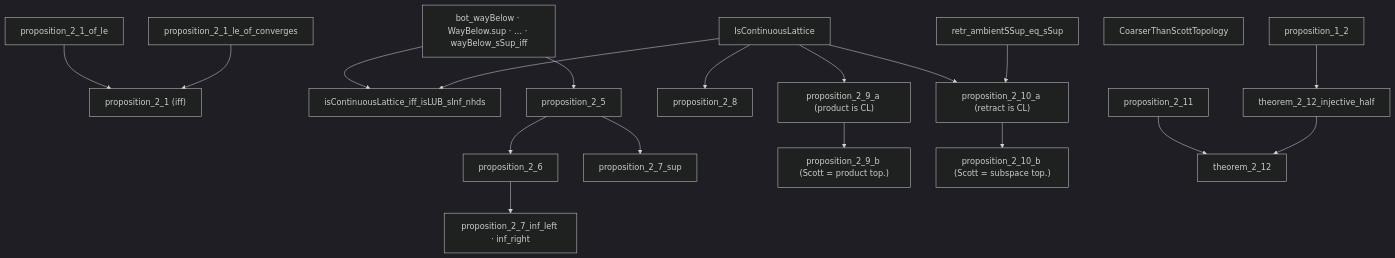
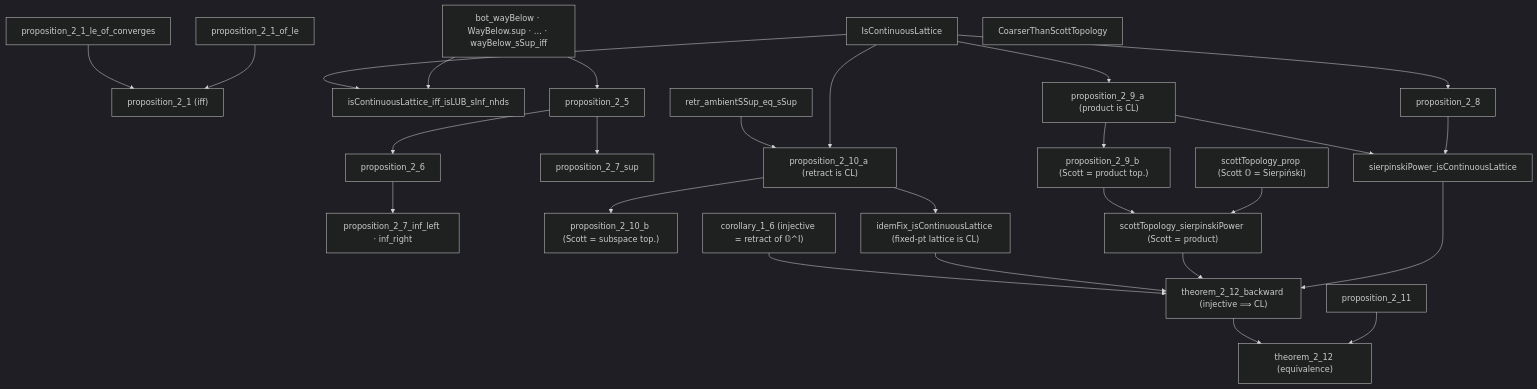
The fourth of 8 diagrams in arxiv.md (catskillsresearch/domain_theory), drawn with Mermaid (dark theme) before and after one commit. The commit also changed other lines of this file and 3 other files, not shown here.

First line of the commit message:
feat(Theorem212): prove Theorem 2.12 (injective spaces ⟺ continuous lattices)

````diff
--- a/arxiv.md
+++ b/arxiv.md
@@ -264,41 +264,54 @@
 ```mermaid
 flowchart TD
   P22["bot_wayBelow · WayBelow.sup · … · wayBelow_sSup_iff"]
   P21b["proposition_2_1_of_le"]
   P21f["proposition_2_1_le_of_converges"]
   P21["proposition_2_1 (iff)"]
   D23["IsContinuousLattice"]
   P24["isContinuousLattice_iff_isLUB_sInf_nhds"]
   P25["proposition_2_5"]
   P26["proposition_2_6"]
   P27s["proposition_2_7_sup"]
   P27i["proposition_2_7_inf_left · inf_right"]
   P28["proposition_2_8"]
   P29a["proposition_2_9_a (product is CL)"]
   P29b["proposition_2_9_b (Scott = product top.)"]
   P210a["proposition_2_10_a (retract is CL)"]
   P210b["proposition_2_10_b (Scott = subspace top.)"]
   P210L["retr_ambientSSup_eq_sSup"]
   P211["proposition_2_11"]
-  T212["theorem_2_12"]
-  T212h["theorem_2_12_injective_half"]
+  SCP["scottTopology_prop (Scott 𝕆 = Sierpiński)"]
+  SPCL["sierpinskiPower_isContinuousLattice"]
+  SCPP["scottTopology_sierpinskiPower (Scott = product)"]
+  IDEM["idemFix_isContinuousLattice (fixed-pt lattice is CL)"]
+  C16["corollary_1_6 (injective = retract of 𝕆^I)"]
+  T212b["theorem_2_12_backward (injective ⟹ CL)"]
+  T212["theorem_2_12 (equivalence)"]
   MIL["CoarserThanScottTopology"]
 
   P22 --> P24
   D23 --> P24
   P22 --> P25
   P25 --> P26
   P26 --> P27i
   P25 --> P27s
   D23 --> P28
   D23 --> P29a
   P29a --> P29b
   D23 --> P210a
   P210L --> P210a
   P210a --> P210b
+  P28 --> SPCL
+  P29a --> SPCL
+  SCP --> SCPP
+  P29b --> SCPP
+  P210a --> IDEM
+  SPCL --> T212b
+  SCPP --> T212b
+  IDEM --> T212b
+  C16 --> T212b
   P211 --> T212
-  P12["proposition_1_2"] --> T212h
-  T212h --> T212
+  T212b --> T212
   P21b --> P21
   P21f --> P21
 ```
````
